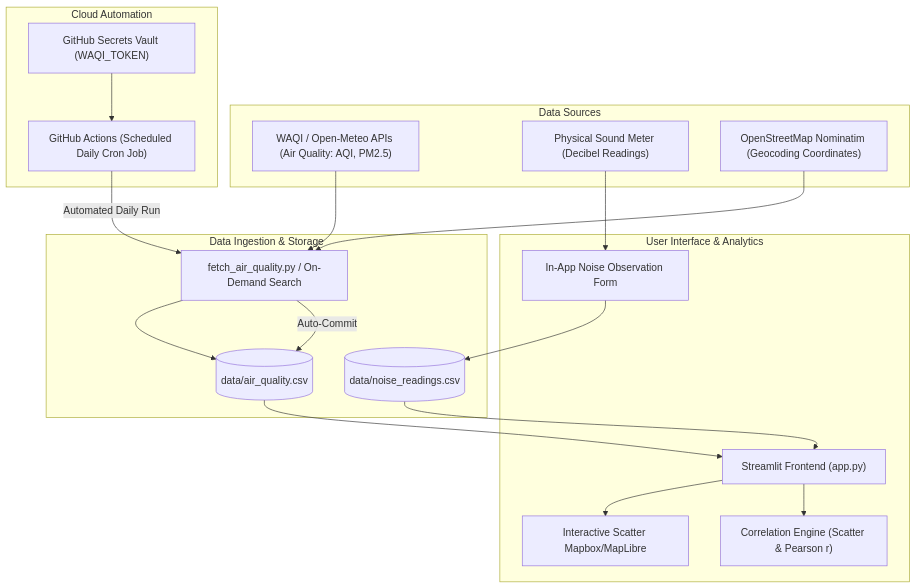
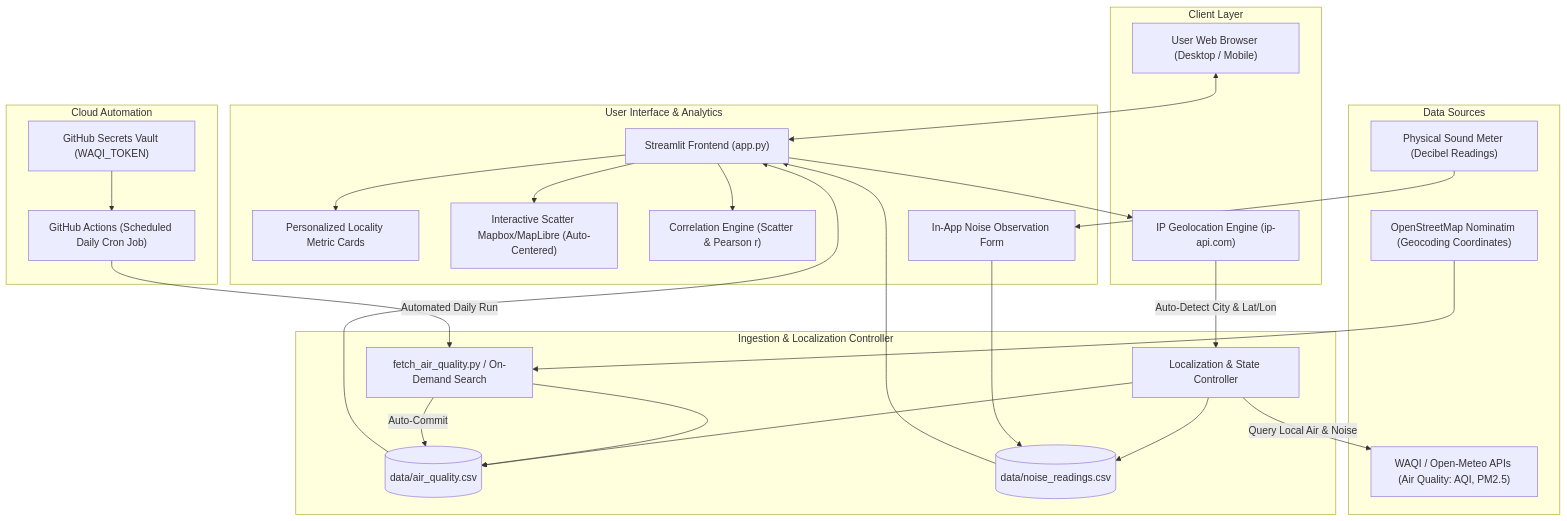
One commit to manavssingh/Pollution-Mapper changed the diagram in SYNOPSIS.md. Above: the diagram before and after it, drawn with Mermaid. The commit also changed other lines of this file and 4 other files, not shown here.

Commit message:
feat: add automatic visitor live geolocation, personalized metrics, and updated documentation

````diff
--- a/SYNOPSIS.md
+++ b/SYNOPSIS.md
@@ -48,41 +51,53 @@
 ```mermaid
 flowchart TD
+    subgraph Client Layer
+        Browser["User Web Browser (Desktop / Mobile)"]
+        GeoLoc["IP Geolocation Engine (ip-api.com)"]
+    end
+
     subgraph Data Sources
         API1["WAQI / Open-Meteo APIs (Air Quality: AQI, PM2.5)"]
         Field["Physical Sound Meter (Decibel Readings)"]
         Geo["OpenStreetMap Nominatim (Geocoding Coordinates)"]
     end
 
-    subgraph Data Ingestion & Storage
+    subgraph Ingestion & Localization Controller
+        GeoLoc -->|Auto-Detect City & Lat/Lon| Controller["Localization & State Controller"]
+        Controller -->|Query Local Air & Noise| API1
         Script["fetch_air_quality.py / On-Demand Search"]
         CSV_Air[("data/air_quality.csv")]
         CSV_Noise[("data/noise_readings.csv")]
     end
 
     subgraph Cloud Automation
         GHA["GitHub Actions (Scheduled Daily Cron Job)"]
         Secret["GitHub Secrets Vault (WAQI_TOKEN)"]
     end
 
     subgraph User Interface & Analytics
         App["Streamlit Frontend (app.py)"]
-        Map["Interactive Scatter Mapbox/MapLibre"]
+        PersonalMetrics["Personalized Locality Metric Cards"]
+        Map["Interactive Scatter Mapbox/MapLibre (Auto-Centered)"]
         Corr["Correlation Engine (Scatter & Pearson r)"]
         Form["In-App Noise Observation Form"]
     end
 
-    API1 --> Script
+    Browser <--> App
+    App --> GeoLoc
+    Controller --> CSV_Air
+    Controller --> CSV_Noise
     Geo --> Script
     Script --> CSV_Air
     Field --> Form
     Form --> CSV_Noise
 
     Secret --> GHA
     GHA -->|Automated Daily Run| Script
     Script -->|Auto-Commit| CSV_Air
 
     CSV_Air --> App
     CSV_Noise --> App
+    App --> PersonalMetrics
     App --> Map
     App --> Corr
 ```
````
